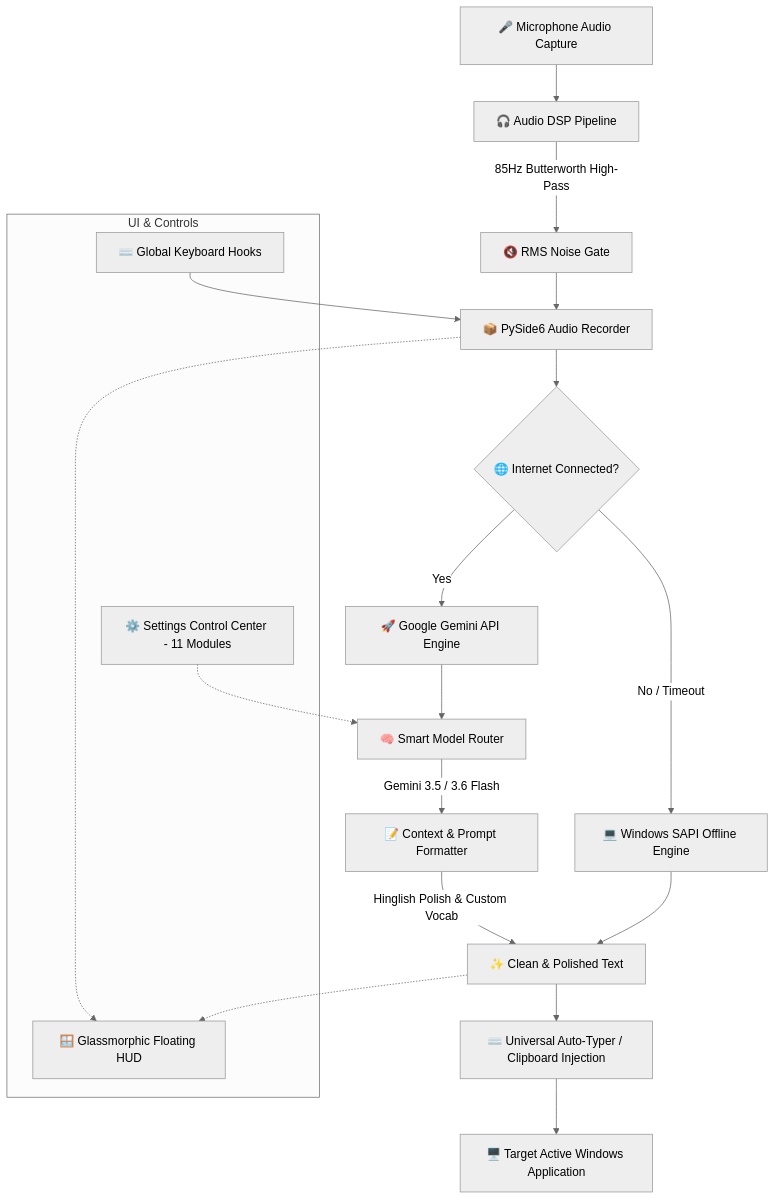
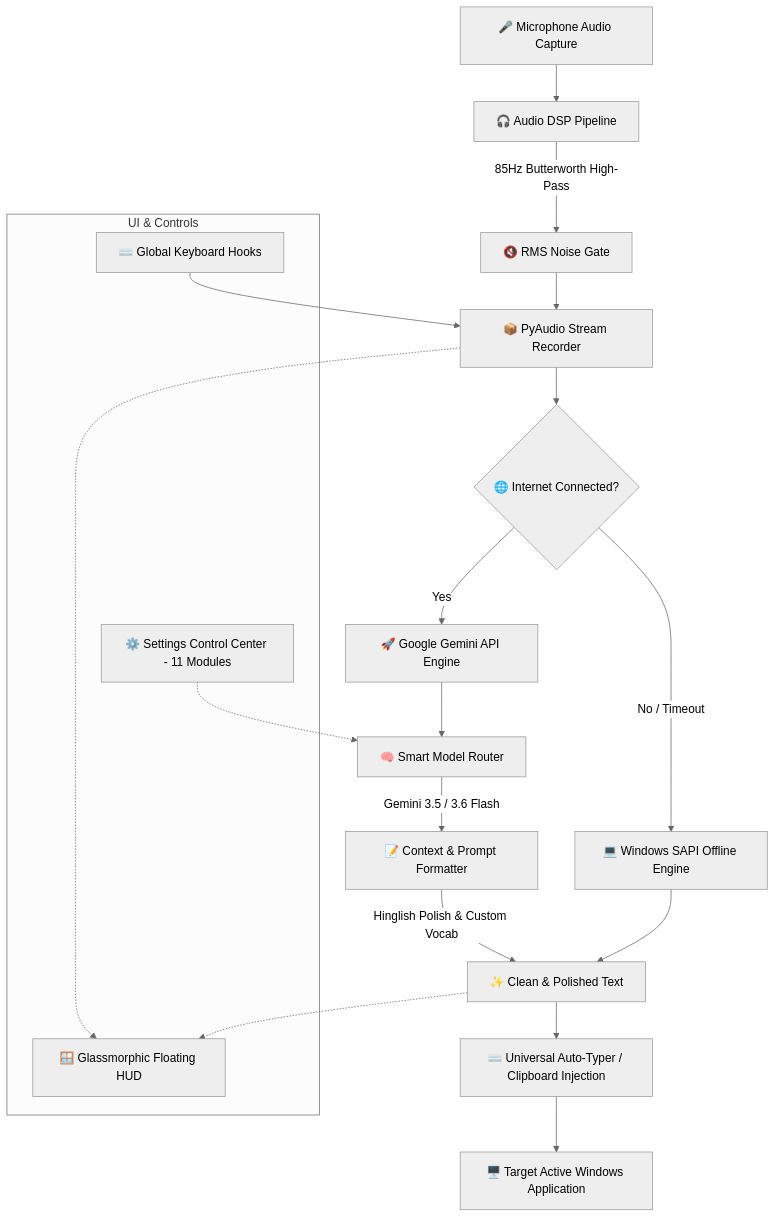
The diagram in README.md (SriniwasAwasthi/gemini-flow), drawn with Mermaid (neutral theme) before and after one commit. The commit also changed other lines of this file and 24 other files, not shown here.

````diff
--- a/README.md
+++ b/README.md
@@ -137,30 +140,30 @@
 ```mermaid
 flowchart TD
     A[🎤 Microphone Audio Capture] --> B[🎧 Audio DSP Pipeline]
     B -->|85Hz Butterworth High-Pass| C[🔇 RMS Noise Gate]
-    C --> D[📦 PySide6 Audio Recorder]
+    C --> D[📦 PyAudio Stream Recorder]
     
     D --> E{🌐 Internet Connected?}
     E -- Yes --> F[🚀 Google Gemini API Engine]
     E -- No / Timeout --> G[💻 Windows SAPI Offline Engine]
     
     F --> H[🧠 Smart Model Router]
     H -->|Gemini 3.5 / 3.6 Flash| I[📝 Context & Prompt Formatter]
     I -->|Hinglish Polish & Custom Vocab| J[✨ Clean & Polished Text]
     
     G --> J
     
     J --> K[⌨️ Universal Auto-Typer / Clipboard Injection]
     K --> L[🖥️ Target Active Windows Application]
     
     subgraph UI & Controls
         M[🪟 Glassmorphic Floating HUD]
         N[⚙️ Settings Control Center - 11 Modules]
         O[⌨️ Global Keyboard Hooks]
     end
     
     O --> D
     D -.-> M
     J -.-> M
     N -.-> H
 ```
````
